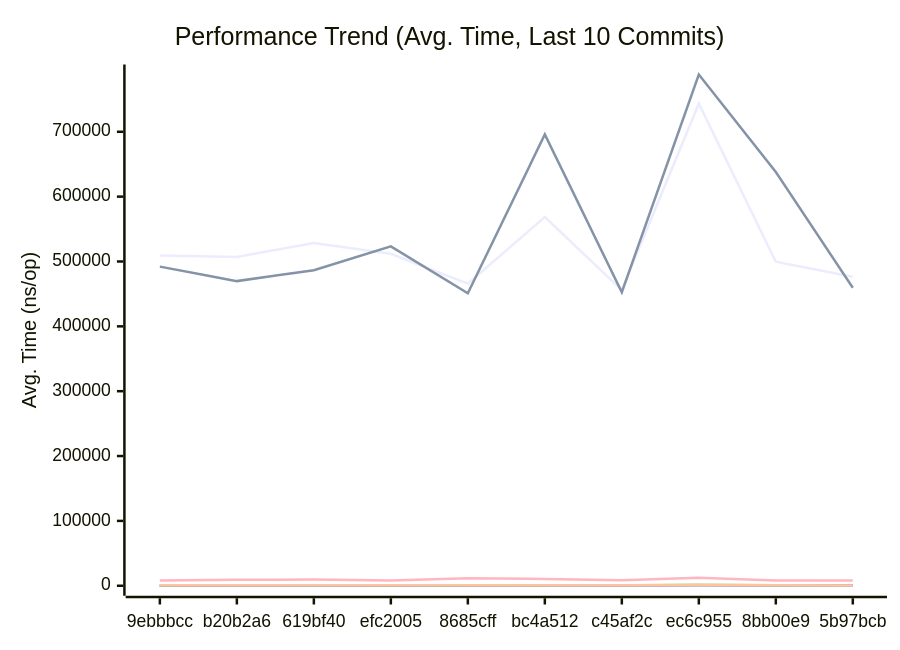
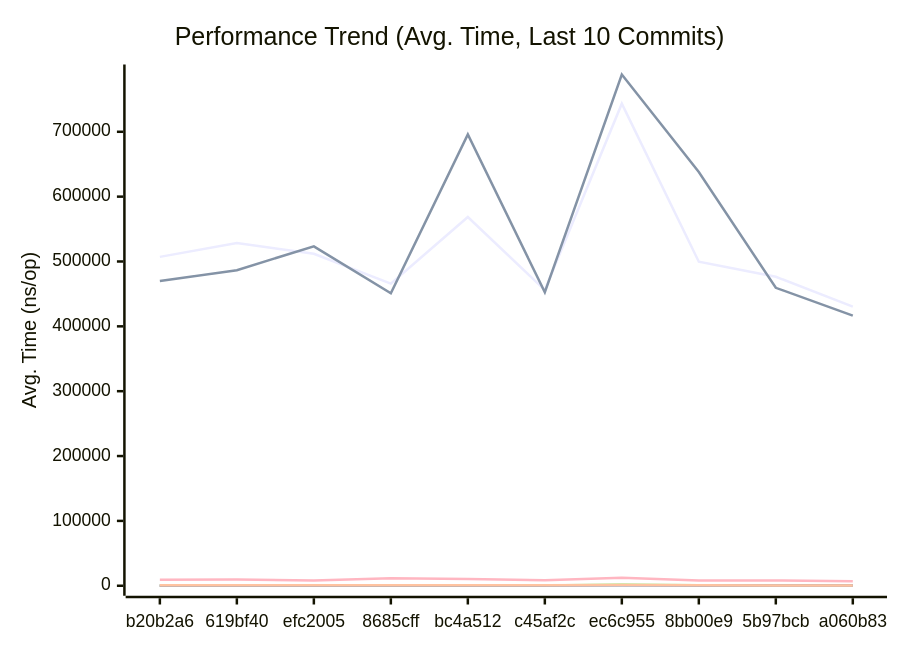
The first of 3 diagrams in docs/PERFORMANCE.md (alsotoes/momo), drawn with Mermaid before and after one commit. The commit also changed other lines of this file and 2 other files, not shown here.

````diff
--- a/docs/PERFORMANCE.md
+++ b/docs/PERFORMANCE.md
@@ -145,20 +145,20 @@
 ```mermaid
 xychart-beta
     title "Performance Trend (Avg. Time, Last 10 Commits)"
     x-axis "Commit"
     y-axis "Avg. Time (ns/op)"
-    x-axis [9ebbbcc,b20b2a6,619bf40,efc2005,8685cff,bc4a512,c45af2c,ec6c955,8bb00e9,5b97bcb]
-    line "AWSChunkedReaderSigned" [509071,507099,528608,511934,465777,568519,455946,743381,499698,476394]
-    line "AWSChunkedReaderUnsigned" [492103,469747,486617,523389,450952,695863,452536,788330,637971,459420]
-    line "CheckMetricsAndSwap" [10,9,9,11,9,12,8,14,9,8]
-    line "CrushOptimized" [382,366,323,333,409,430,318,551,318,348]
-    line "CrushOriginal" [546,546,550,489,590,762,454,2113,682,547]
-    line "IndexDirectTracking" [0,0,0,0,0,1,0,1,0,0]
-    line "IndexSearch" [3,3,3,3,3,4,3,4,3,3]
-    line "LoadGlobalConfig" [8218,9180,9457,8266,11444,10501,8376,12340,8029,8057]
-    line "PadString" [44,50,49,47,56,70,48,81,49,48]
+    x-axis [b20b2a6,619bf40,efc2005,8685cff,bc4a512,c45af2c,ec6c955,8bb00e9,5b97bcb,a060b83]
+    line "AWSChunkedReaderSigned" [507099,528608,511934,465777,568519,455946,743381,499698,476394,430367]
+    line "AWSChunkedReaderUnsigned" [469747,486617,523389,450952,695863,452536,788330,637971,459420,416513]
+    line "CheckMetricsAndSwap" [9,9,11,9,12,8,14,9,8,8]
+    line "CrushOptimized" [366,323,333,409,430,318,551,318,348,309]
+    line "CrushOriginal" [546,550,489,590,762,454,2113,682,547,422]
+    line "IndexDirectTracking" [0,0,0,0,1,0,1,0,0,0]
+    line "IndexSearch" [3,3,3,3,4,3,4,3,3,3]
+    line "LoadGlobalConfig" [9180,9457,8266,11444,10501,8376,12340,8029,8057,7072]
+    line "PadString" [50,49,47,56,70,48,81,49,48,39]
     line "ParseReplicationOrder_NoPrealloc" [350,349,357,354,345,225,229,165,232,234]
     line "ParseReplicationOrder_Prealloc" [229,231,237,234,229,108,107,80,110,109]
-    line "SanitizeLog/Safe" [508,482,560,430,509,554,446,711,548,506]
-    line "SanitizeLog/Unsafe" [581,785,678,656,684,714,605,1045,670,548]
+    line "SanitizeLog/Safe" [482,560,430,509,554,446,711,548,506,417]
+    line "SanitizeLog/Unsafe" [785,678,656,684,714,605,1045,670,548,504]
 ```
````
